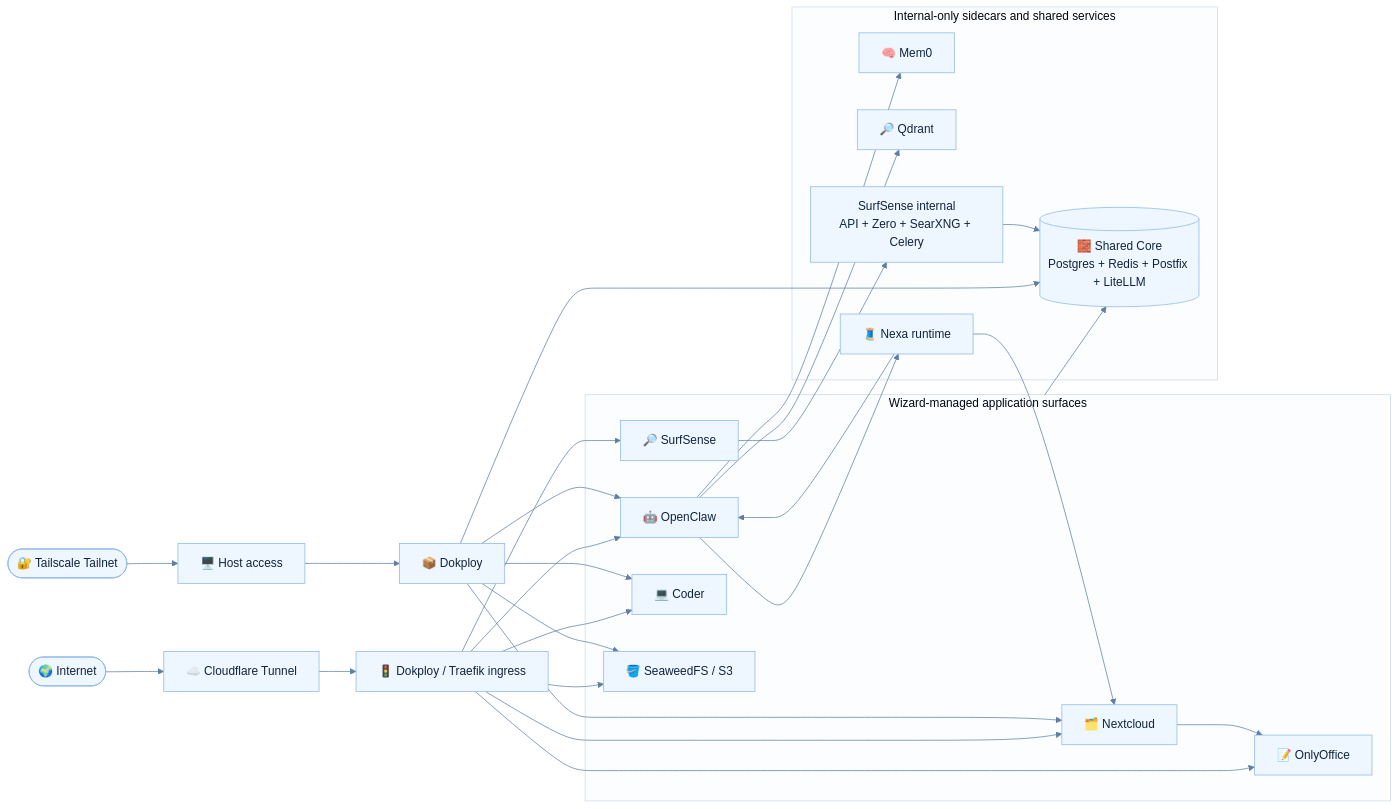
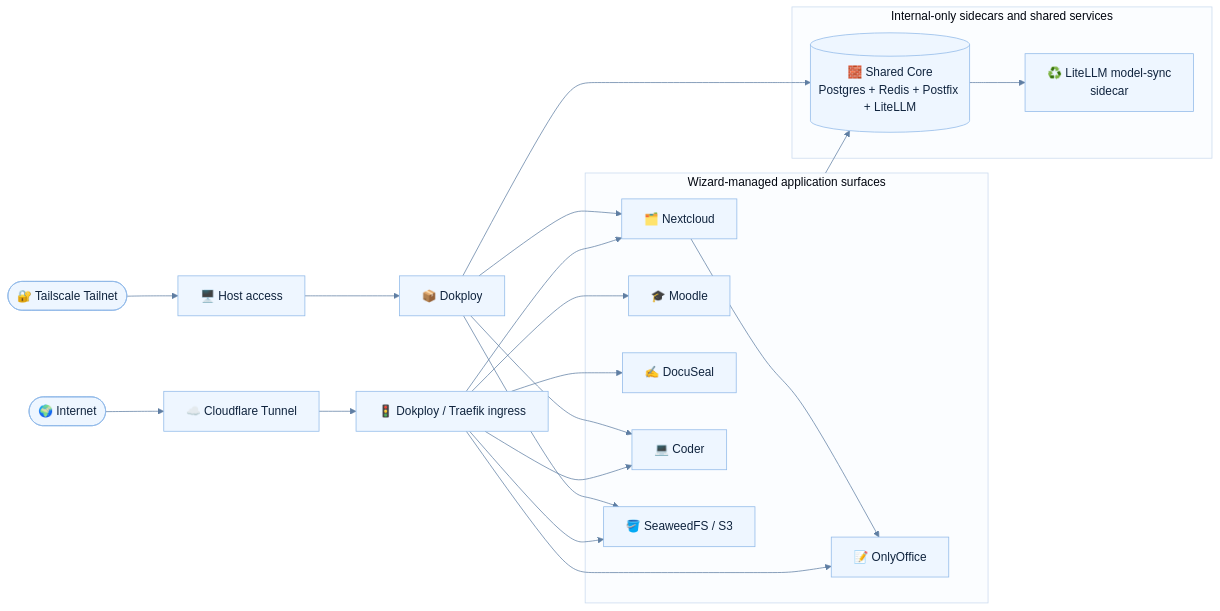
The first of 3 diagrams in README.md (borealBytes/dokploy-wizard), drawn with Mermaid before and after one commit. The commit also changed other lines of this file and 126 other files, not shown here.

First line of the commit message:
feat!: retire OpenClaw, Nexa, Telly, My Farm Advisor, and SurfSense

````diff
--- a/README.md
+++ b/README.md
@@ -41,61 +36,51 @@
 ```mermaid
 %%{init: {
   "theme": "base",
   "themeVariables": {
     "primaryColor": "#eef6ff",
     "primaryTextColor": "#10243e",
     "primaryBorderColor": "#8eb8e8",
     "lineColor": "#5f7ea3",
     "secondaryColor": "#f7f9fc",
     "tertiaryColor": "#fffaf0",
     "clusterBkg": "#fbfdff",
     "clusterBorder": "#c9d9ee",
     "fontFamily": "Inter, ui-sans-serif, system-ui, sans-serif"
   }
 }}%%
 flowchart LR
     Internet([🌍 Internet]) --> CF[☁️ Cloudflare Tunnel]
     CF --> Traefik[🚦 Dokploy / Traefik ingress]
 
     Tailnet([🔐 Tailscale Tailnet]) --> Host[🖥️ Host access]
     Host --> Dokploy[📦 Dokploy]
 
     subgraph Apps[Wizard-managed application surfaces]
-      OpenClaw[🤖 OpenClaw]
       Nextcloud[🗂️ Nextcloud]
       OnlyOffice[📝 OnlyOffice]
-      SurfSense[🔎 SurfSense]
+      Moodle[🎓 Moodle]
+      DocuSeal[✍️ DocuSeal]
       Coder[💻 Coder]
       Seaweed[🪣 SeaweedFS / S3]
     end
 
     subgraph Internal[Internal-only sidecars and shared services]
       Shared[(🧱 Shared Core\nPostgres + Redis + Postfix + LiteLLM)]
-      Mem0[🧠 Mem0]
-      Qdrant[🔎 Qdrant]
-      NexaRuntime[🧵 Nexa runtime]
-      SurfSenseInternal[SurfSense internal\nAPI + Zero + SearXNG + Celery]
+      ModelSync[♻️ LiteLLM model-sync\nsidecar]
     end
 
-    Traefik --> OpenClaw
     Traefik --> Nextcloud
     Traefik --> OnlyOffice
-    Traefik --> SurfSense
+    Traefik --> Moodle
+    Traefik --> DocuSeal
     Traefik --> Coder
     Traefik --> Seaweed
     Dokploy --> Shared
-    Dokploy --> OpenClaw
     Dokploy --> Nextcloud
     Dokploy --> Coder
     Dokploy --> Seaweed
 
-    OpenClaw --> Mem0
-    OpenClaw --> Qdrant
-    OpenClaw --> NexaRuntime
-    NexaRuntime --> OpenClaw
-    NexaRuntime --> Nextcloud
-    SurfSense --> SurfSenseInternal
-    SurfSenseInternal --> Shared
+    Shared --> ModelSync
     Nextcloud --> OnlyOffice
     Apps --> Shared
 ```
````
